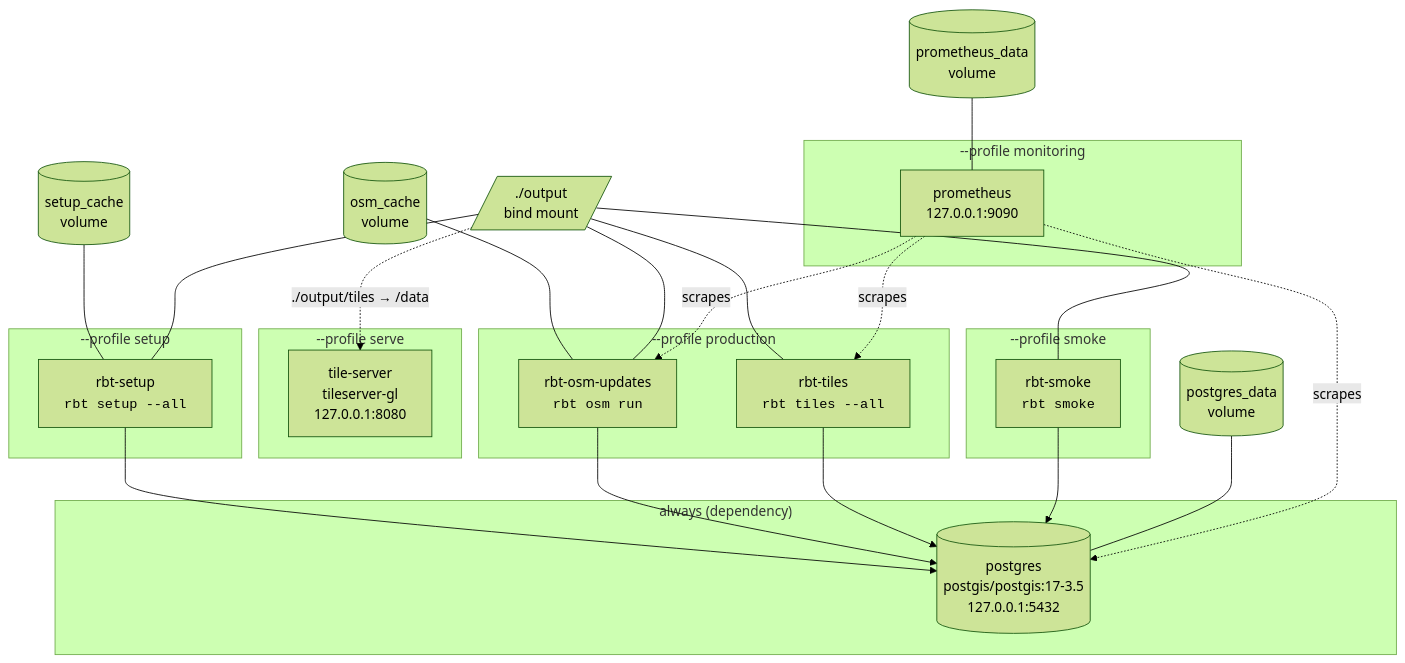
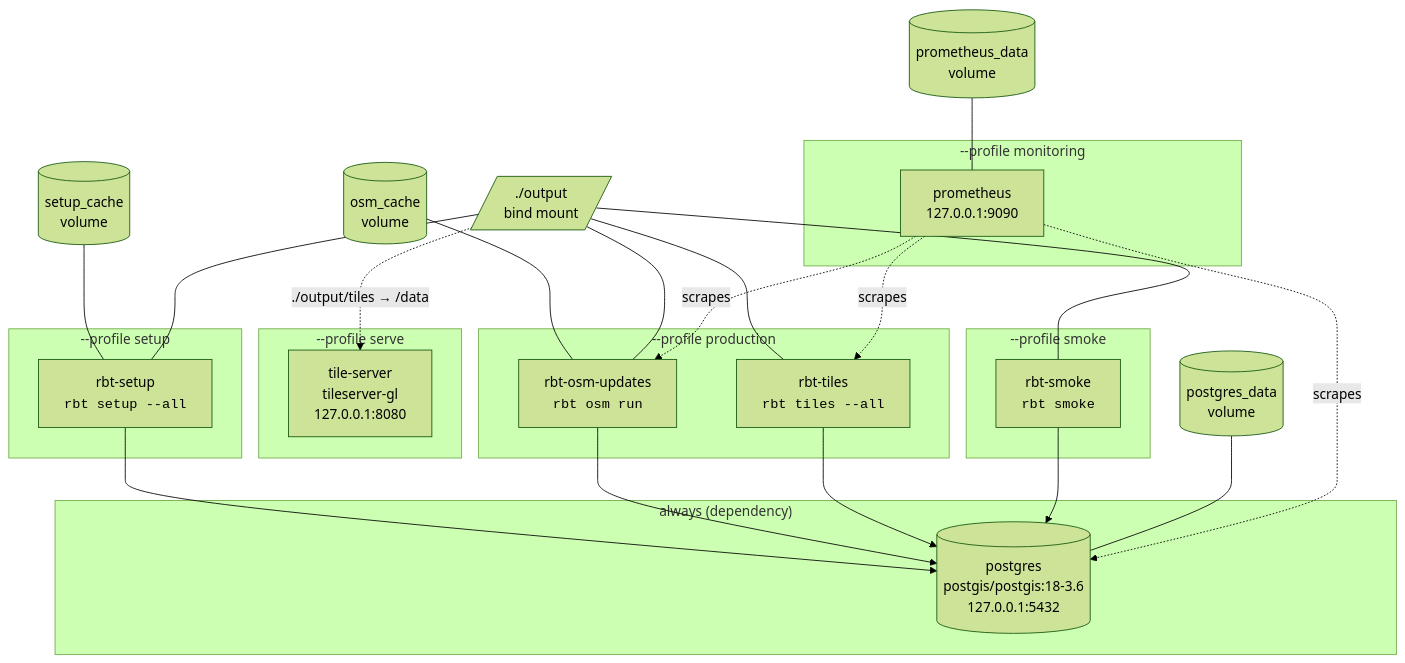
Before and after one commit to bradh/rbt-data-generator: the diagram in docs/operations.md, drawn with Mermaid (forest theme). The commit also changed other lines of this file and 25 other files, not shown here.

````diff
--- a/docs/operations.md
+++ b/docs/operations.md
@@ -20,40 +20,40 @@
 ```mermaid
 graph TB
     subgraph base["always (dependency)"]
-        PG[("postgres<br/>postgis/postgis:17-3.5<br/>127.0.0.1:5432")]
+        PG[("postgres<br/>postgis/postgis:18-3.6<br/>127.0.0.1:5432")]
     end
 
     subgraph setup["--profile setup"]
         SETUP["rbt-setup<br/><code>rbt setup --all</code>"]
     end
 
     subgraph production["--profile production"]
         OSM["rbt-osm-updates<br/><code>rbt osm run</code>"]
         TILES["rbt-tiles<br/><code>rbt tiles --all</code>"]
     end
 
     subgraph serve["--profile serve"]
         TS["tile-server<br/>tileserver-gl<br/>127.0.0.1:8080"]
     end
 
     subgraph smoke["--profile smoke"]
         SMOKE["rbt-smoke<br/><code>rbt smoke</code>"]
     end
 
     subgraph monitoring["--profile monitoring"]
         PROM["prometheus<br/>127.0.0.1:9090"]
     end
 
     SETUP --> PG
     OSM --> PG
     TILES --> PG
     SMOKE --> PG
 
     PGDATA[("postgres_data<br/>volume")] --- PG
     SCACHE[("setup_cache<br/>volume")] --- SETUP
     OCACHE[("osm_cache<br/>volume")] --- OSM
     OUT[/"./output<br/>bind mount"/] --- SETUP & OSM & TILES & SMOKE
     OUT -.->|"./output/tiles → /data"| TS
     PROM -.->|scrapes| OSM & TILES & PG
     PROMDATA[("prometheus_data<br/>volume")] --- PROM
 ```
````
